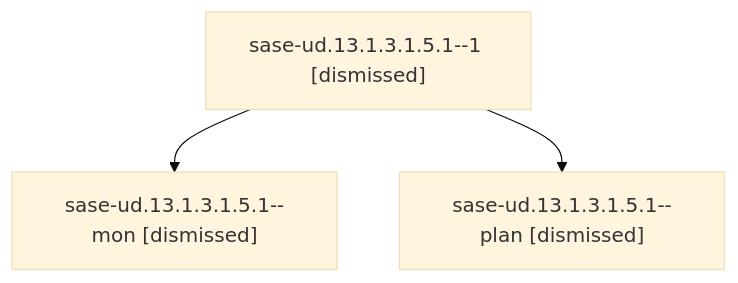
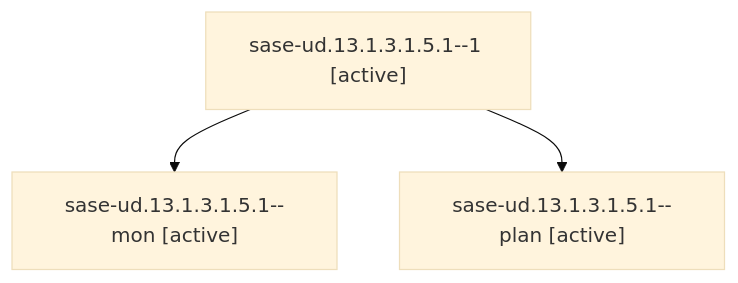
One commit to sase-org/sase--agents changed the diagram in families/bbugyi200.athena.sase-ud.13.1.3.1.5.1.md. Above: the diagram before and after it, drawn with Mermaid (base theme). The commit also changed other lines of this file and 35830 other files, not shown here.

````diff
--- a/families/bbugyi200.athena.sase-ud.13.1.3.1.5.1.md
+++ b/families/bbugyi200.athena.sase-ud.13.1.3.1.5.1.md
@@ -9,8 +9,8 @@
 ```mermaid
 flowchart TD
-  n0["sase-ud.13.1.3.1.5.1--1 [dismissed]"]
-  n1["sase-ud.13.1.3.1.5.1--mon [dismissed]"]
+  n0["sase-ud.13.1.3.1.5.1--1 [active]"]
+  n1["sase-ud.13.1.3.1.5.1--mon [active]"]
   n0 --> n1
-  n2["sase-ud.13.1.3.1.5.1--plan [dismissed]"]
+  n2["sase-ud.13.1.3.1.5.1--plan [active]"]
   n0 --> n2
 ```
````
